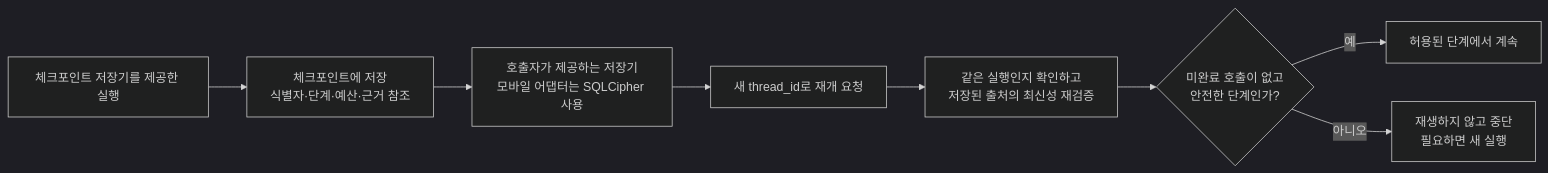
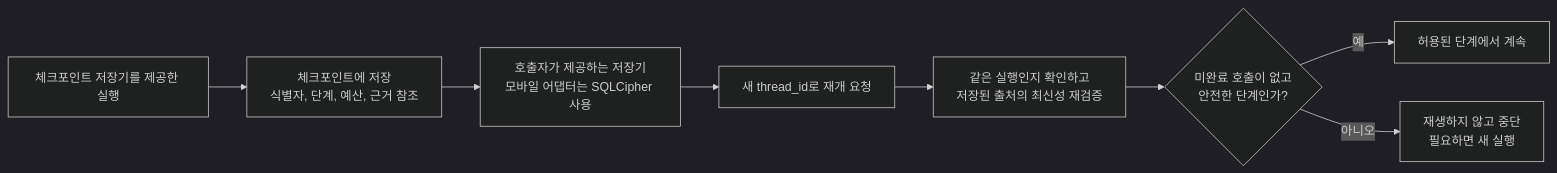
Before and after one commit to eunsoogi/orot: the sixth of 6 diagrams in docs/architecture.md, drawn with Mermaid (dark theme). The commit also changed other lines of this file and 3 other files, not shown here.

Commit message:
docs(readme): align features and architecture introduction

````diff
--- a/docs/architecture.md
+++ b/docs/architecture.md
@@ -225,14 +228,14 @@
 ```mermaid
 flowchart LR
   run["체크포인트 저장기를 제공한 실행"]
-  metadata["체크포인트에 저장<br/>식별자·단계·예산·근거 참조"]
+  metadata["체크포인트에 저장<br/>식별자, 단계, 예산, 근거 참조"]
   saver["호출자가 제공하는 저장기<br/>모바일 어댑터는 SQLCipher 사용"]
   resume["새 thread_id로 재개 요청"]
   revalidate["같은 실행인지 확인하고<br/>저장된 출처의 최신성 재검증"]
   safe{"미완료 호출이 없고<br/>안전한 단계인가?"}
   continueRun["허용된 단계에서 계속"]
   stop["재생하지 않고 중단<br/>필요하면 새 실행"]
   run --> metadata --> saver --> resume --> revalidate --> safe
   safe -->|"예"| continueRun
   safe -->|"아니오"| stop
 ```
````
